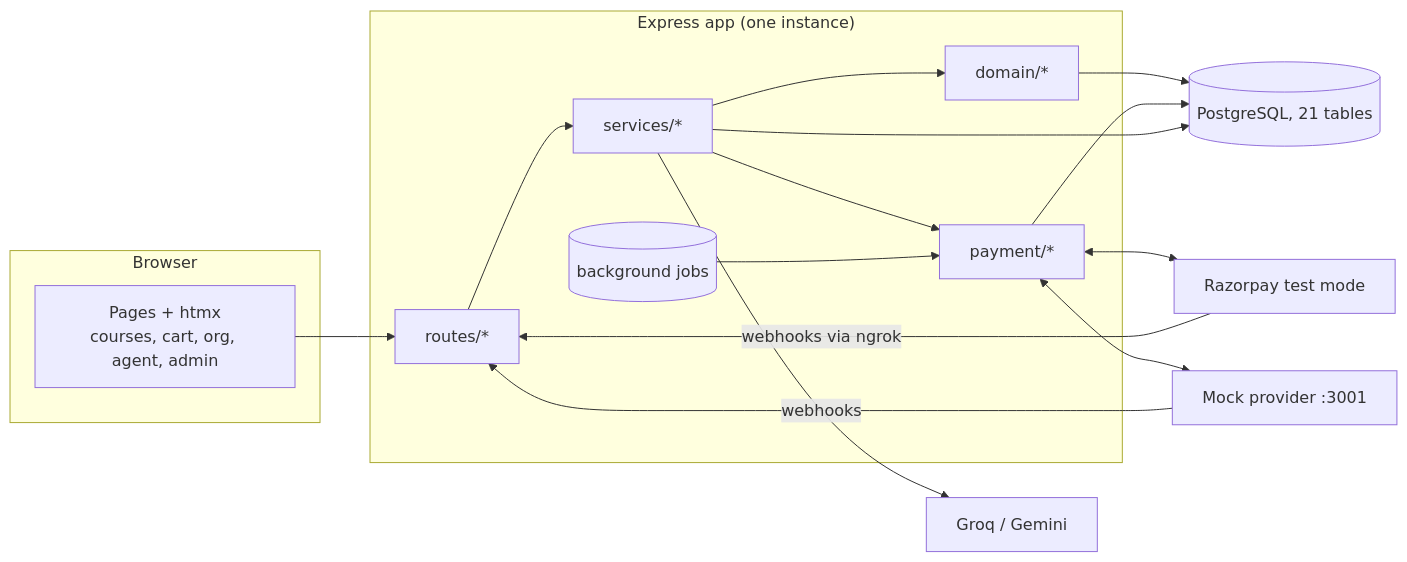
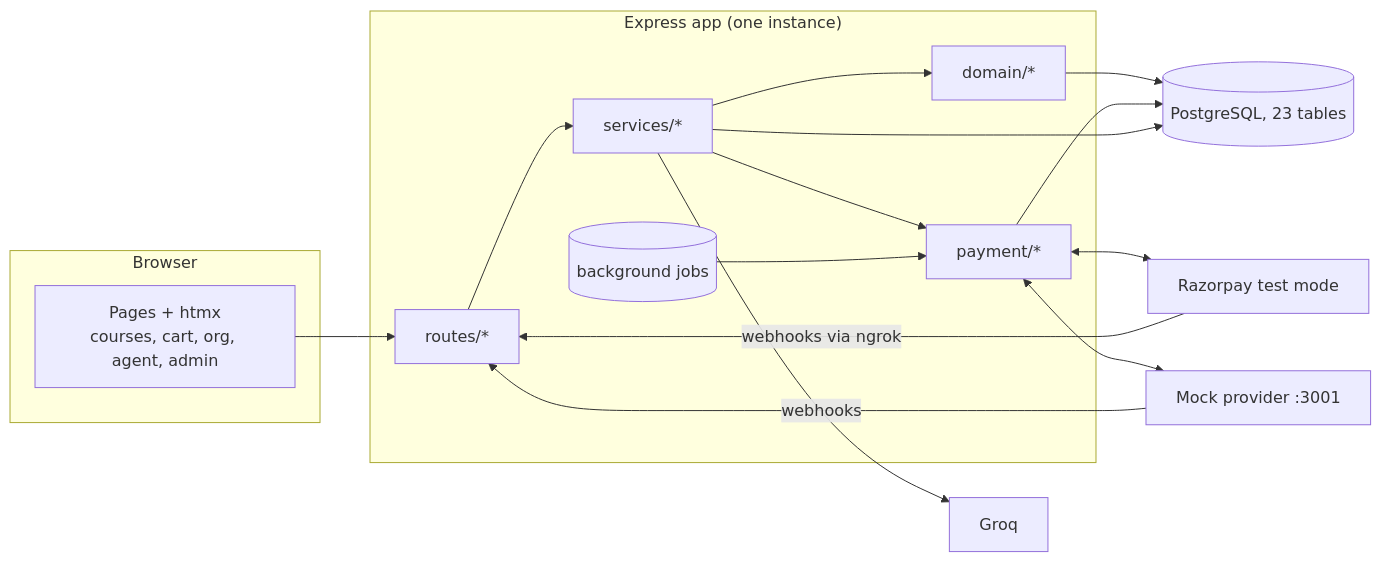
One commit to ANKITHDEEGOJU/proj-pic changed the first of 3 diagrams in docs/LEARNX-COMPLETE-DOCUMENTATION.md. Above: the diagram before and after it, drawn with Mermaid. The commit also changed other lines of this file and 33 other files, not shown here.

````diff
--- a/docs/LEARNX-COMPLETE-DOCUMENTATION.md
+++ b/docs/LEARNX-COMPLETE-DOCUMENTATION.md
@@ -208,26 +209,26 @@
 ```mermaid
 flowchart LR
   subgraph Browser
     UI[Pages + htmx<br/>courses, cart, org, agent, admin]
   end
   subgraph App["Express app (one instance)"]
     R[routes/*]
     S[services/*]
     D[domain/*]
     P[payment/*]
     J[(background jobs)]
   end
-  DB[(PostgreSQL, 21 tables)]
+  DB[(PostgreSQL, 23 tables)]
   RZ[Razorpay test mode]
   MK[Mock provider :3001]
-  LLM[Groq / Gemini]
+  LLM[Groq]
   UI --> R --> S --> D --> DB
   S --> P --> DB
   S --> DB
   P <--> RZ
   P <--> MK
   RZ -->|webhooks via ngrok| R
   MK -->|webhooks| R
   S --> LLM
   J --> P
 ```
````
